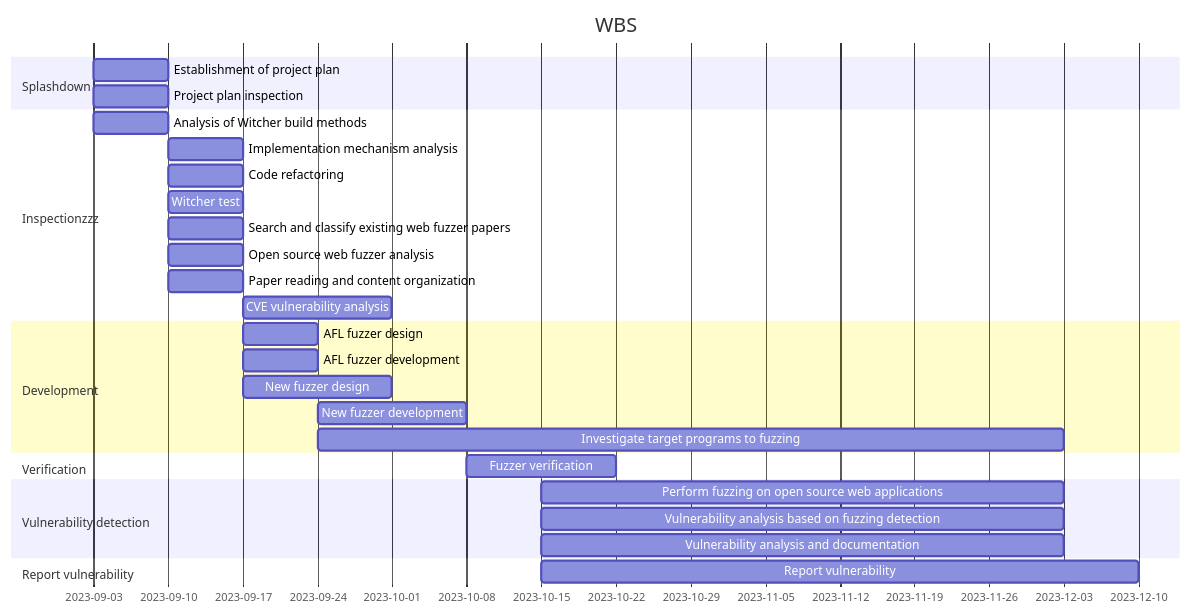
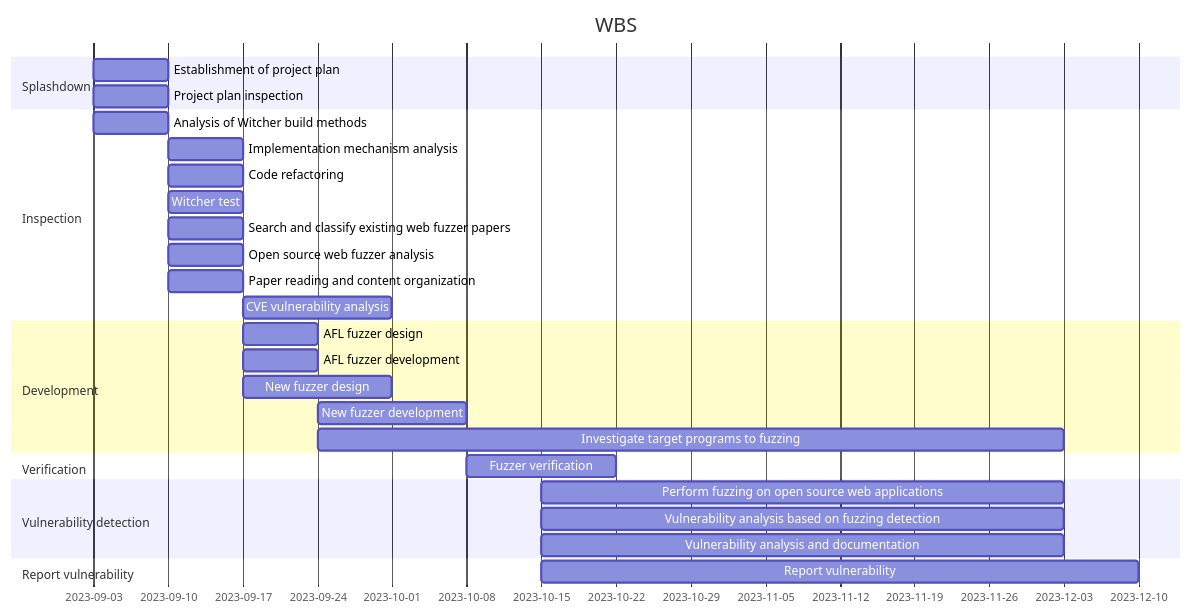
The diagram in profile/README.md (BoB-WebFuzzing/.github), drawn with Mermaid before and after one commit.

````diff
--- a/profile/README.md
+++ b/profile/README.md
@@ -15,31 +15,31 @@
 ```mermaid
 gantt
     title WBS
     dateFormat YYYY-MM-DD
     section Splashdown
         Establishment of project plan    :2023-09-03, 7d
         Project plan inspection    :2023-09-03, 7d
-    section Inspectionzzz
+    section Inspection
         Analysis of Witcher build methods    :2023-09-03, 7d
         Implementation mechanism analysis    :2023-09-10, 7d
         Code refactoring    :2023-09-10, 7d
         Witcher test    :2023-09-10, 7d
         Search and classify existing web fuzzer papers    :2023-09-10, 7d
         Open source web fuzzer analysis    :2023-09-10, 7d
         Paper reading and content organization    :2023-09-10, 7d
         CVE vulnerability analysis    :2023-09-17, 14d
     section Development
         AFL fuzzer design    :2023-09-17, 7d
         AFL fuzzer development    :2023-09-17, 7d
         New fuzzer design    :2023-09-17, 14d
         New fuzzer development    :2023-09-24, 14d
         Investigate target programs to fuzzing    :2023-09-24, 10w
     section Verification
         Fuzzer verification    :2023-10-08, 2w
     section Vulnerability detection
         Perform fuzzing on open source web applications    :2023-10-15, 7w
         Vulnerability analysis based on fuzzing detection    :2023-10-15, 7w
         Vulnerability analysis and documentation    :2023-10-15, 7w
     section Report vulnerability
         Report vulnerability    :2023-10-15, 8w
 ```
````
